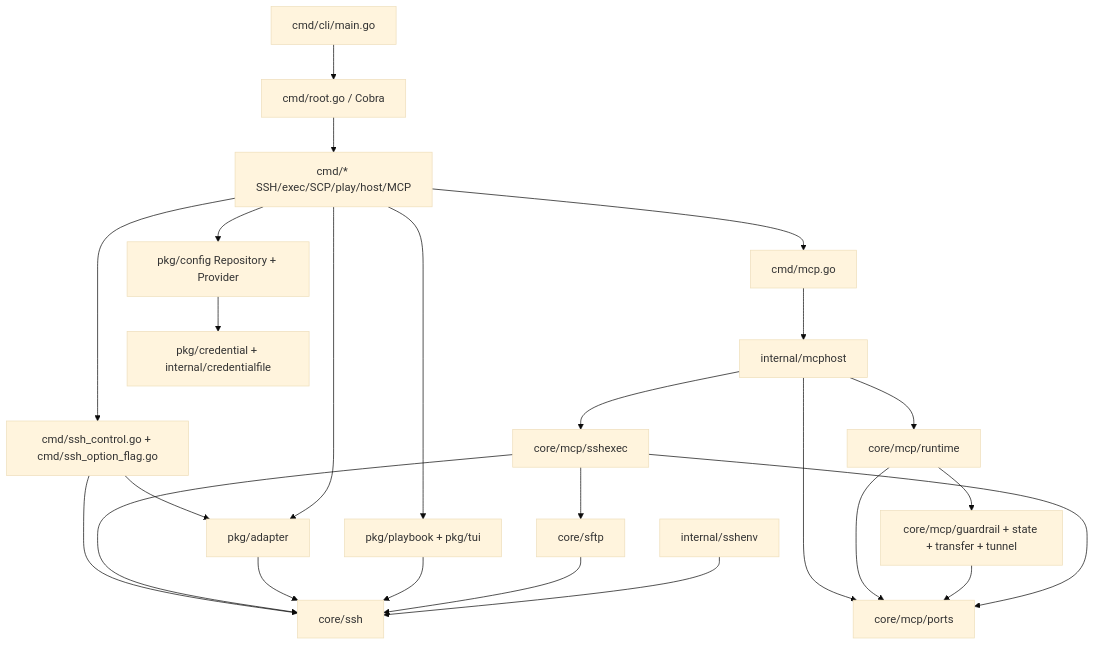
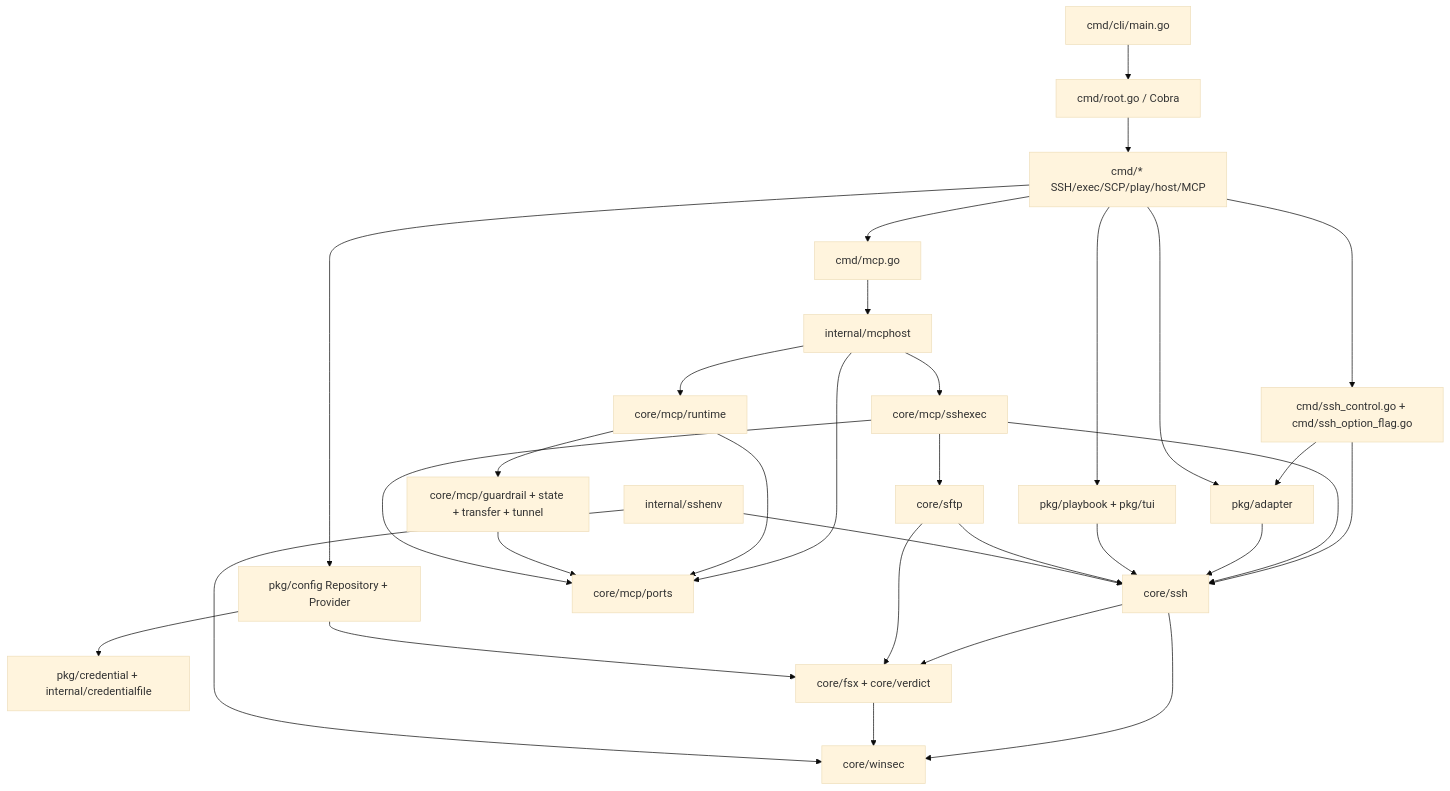
Before and after one commit to wentf9/xops-cli: the diagram in docs/en/development/governance/architecture-map.md, drawn with Mermaid (base theme). The commit also changed other lines of this file and 6 other files, not shown here.

Commit message:
docs(governance): persist P7 architectural invariants, implicit contracts, and anti-drift baseline

````diff
--- a/docs/en/development/governance/architecture-map.md
+++ b/docs/en/development/governance/architecture-map.md
@@ -11,27 +11,33 @@
 ```mermaid
 flowchart TD
   E[cmd/cli/main.go] --> R[cmd/root.go / Cobra]
   R --> C[cmd/* SSH/exec/SCP/play/host/MCP]
   C --> CTL[cmd/ssh_control.go + cmd/ssh_option_flag.go]
   CTL --> A[pkg/adapter]
   CTL --> SSH[core/ssh]
   C --> A
   C --> P[pkg/playbook + pkg/tui]
   C --> CFG[pkg/config Repository + Provider]
   C --> CM[cmd/mcp.go]
   CM --> MH[internal/mcphost]
   MH --> PORTS[core/mcp/ports]
   MH --> MR[core/mcp/runtime]
   MH --> B[core/mcp/sshexec]
   MR --> PORTS
   MR --> G[core/mcp/guardrail + state + transfer + tunnel]
   G --> PORTS
   B --> PORTS
   B --> SSH
   B --> SFTP[core/sftp]
   A --> SSH
   P --> SSH
   CFG --> CR[pkg/credential + internal/credentialfile]
   SFTP --> SSH
   ENV[internal/sshenv] --> SSH
+  SSH --> FSX[core/fsx + core/verdict]
+  SFTP --> FSX
+  CFG --> FSX
+  SSH --> WINSEC[core/winsec]
+  FSX --> WINSEC
+  ENV --> WINSEC
 ```
````
